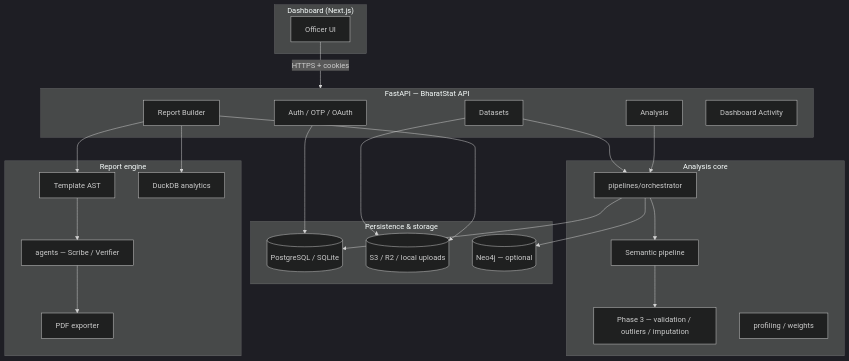
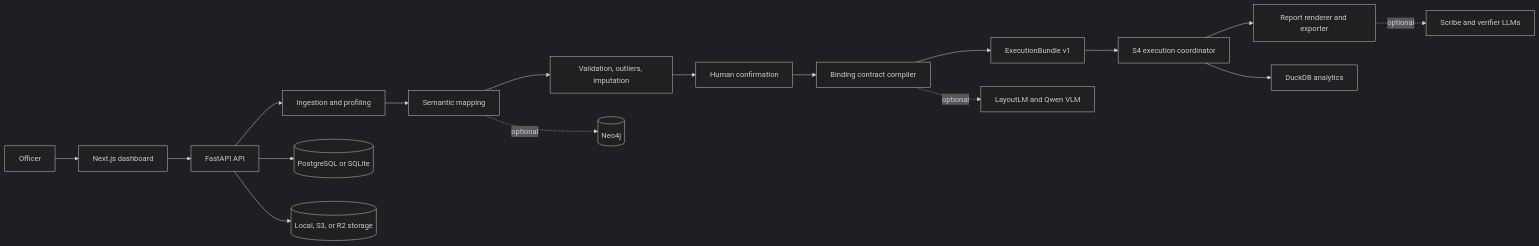
One commit to Madan94/statathon changed the first of 4 diagrams in README.md. Above: the diagram before and after it, drawn with Mermaid (dark theme). The commit also changed other lines of this file, not shown here.

````diff
--- a/README.md
+++ b/README.md
@@ -352,46 +40,20 @@
 ```mermaid
-flowchart TB
-  subgraph Client["Dashboard (Next.js)"]
-    UI[Officer UI]
-  end
+flowchart LR
+    U[Officer] --> D[Next.js dashboard]
+    D --> A[FastAPI API]
+    A --> I[Ingestion and profiling]
+    I --> S[Semantic mapping]
+    S --> Q[Validation, outliers, imputation]
+    Q --> C[Human confirmation]
+    C --> B[Binding contract compiler]
+    B --> E[ExecutionBundle v1]
+    E --> X[S4 execution coordinator]
+    X --> R[Report renderer and exporter]
 
-  subgraph API["FastAPI — BharatStat API"]
-    Auth[Auth / OTP / OAuth]
-    DS[Datasets]
-    AN[Analysis]
-    RB[Report Builder]
-    DH[Dashboard Activity]
-  end
-
-  subgraph Core["Analysis core"]
-    ORCH[pipelines/orchestrator]
-    SEM[Semantic pipeline]
-    P3[Phase 3 — validation / outliers / imputation]
-    PROF[profiling / weights]
-  end
-
-  subgraph Data["Persistence & storage"]
-    PG[(PostgreSQL / SQLite)]
-    S3[(S3 / R2 / local uploads)]
-    N4J[(Neo4j — optional)]
-  end
-
-  subgraph Report["Report engine"]
-    AST[Template AST]
-    AG[agents — Scribe / Verifier]
-    EXP[PDF exporter]
-    DUCK[DuckDB analytics]
-  end
-
-  UI -->|HTTPS + cookies| API
-  Auth --> PG
-  DS --> S3
-  DS --> ORCH
-  AN --> ORCH
-  ORCH --> SEM --> P3
-  ORCH --> PG
-  ORCH --> N4J
-  RB --> AST --> AG --> EXP
-  RB --> DUCK
-  RB --> S3
+    A --> DB[(PostgreSQL or SQLite)]
+    A --> OS[(Local, S3, or R2 storage)]
+    S -. optional .-> KG[(Neo4j)]
+    X --> AD[DuckDB analytics]
+    B -. optional .-> VLM[LayoutLM and Qwen VLM]
+    R -. optional .-> LLM[Scribe and verifier LLMs]
 ```
````
